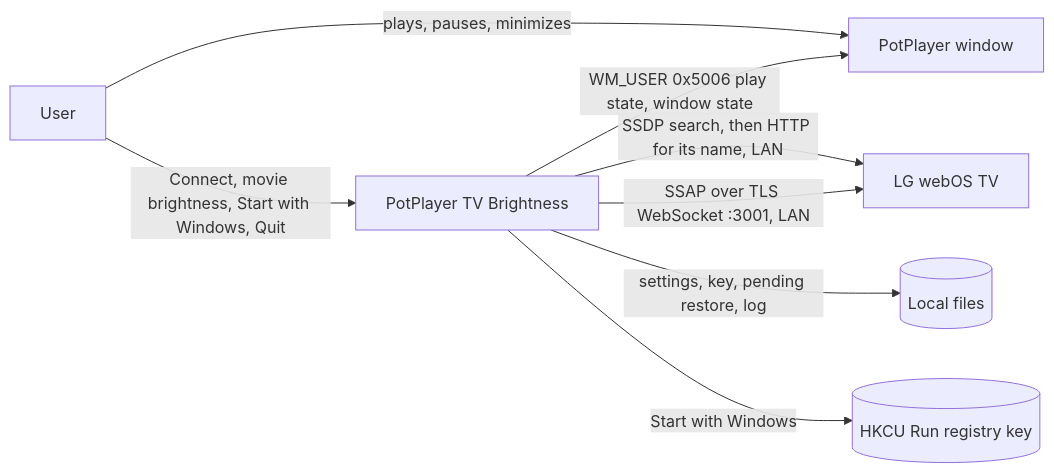
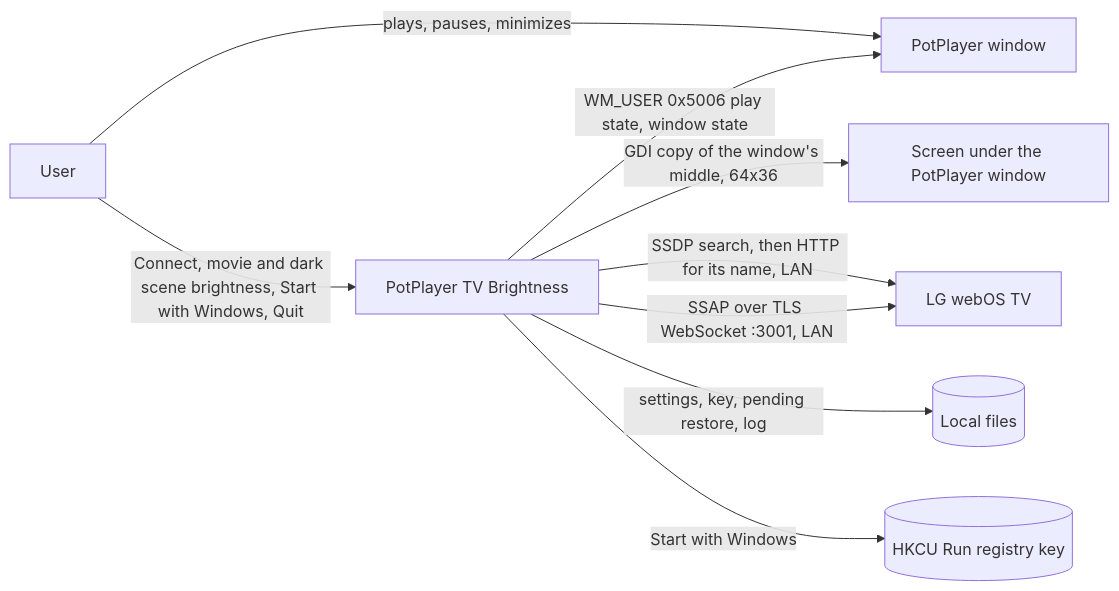
One commit to roko-tech/potplayer-tv-brightness changed the diagram in docs/architecture/overview.md. Above: the diagram before and after it, drawn with Mermaid. The commit also changed other lines of this file and 16 other files, not shown here.

````diff
--- a/docs/architecture/overview.md
+++ b/docs/architecture/overview.md
@@ -11,10 +11,11 @@
 ```mermaid
 flowchart LR
     User[User] -->|plays, pauses, minimizes| PotPlayer[PotPlayer window]
-    User -->|Connect, movie brightness, Start with Windows, Quit| App[PotPlayer TV Brightness]
+    User -->|Connect, movie and dark scene brightness, Start with Windows, Quit| App[PotPlayer TV Brightness]
     App -->|WM_USER 0x5006 play state, window state| PotPlayer
+    App -->|GDI copy of the window's middle, 64x36| Screen[Screen under the PotPlayer window]
     App -->|SSDP search, then HTTP for its name, LAN| TV[LG webOS TV]
     App -->|SSAP over TLS WebSocket :3001, LAN| TV
     App -->|settings, key, pending restore, log| Files[(Local files)]
     App -->|Start with Windows| Run[(HKCU Run registry key)]
 ```
````
